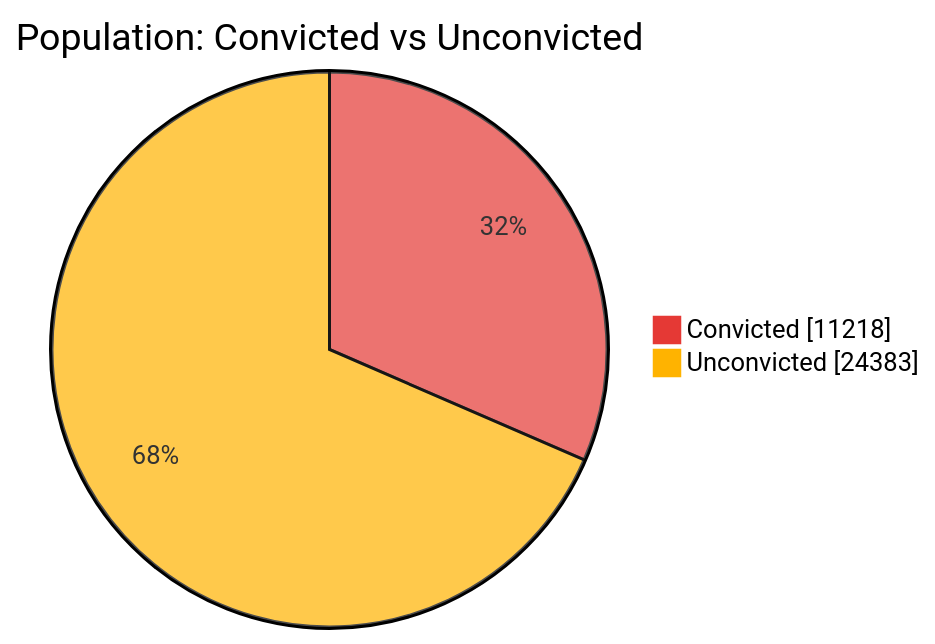
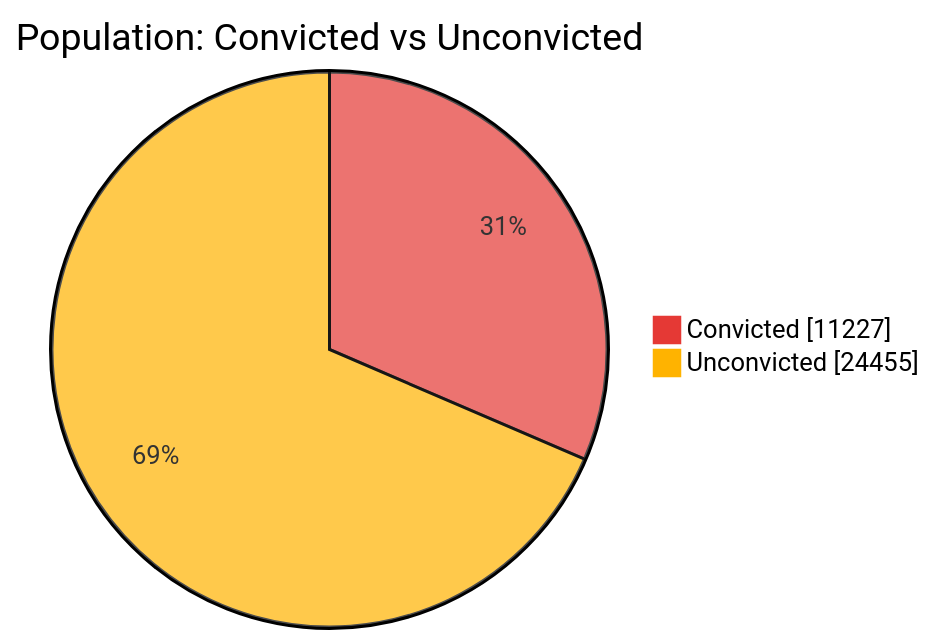
Before and after one commit to nuuuwan/lk_prisons: the first of 7 diagrams in README.md, drawn with Mermaid. The commit also changed other lines of this file and 1 other file, not shown here.

````diff
--- a/README.md
+++ b/README.md
@@ -43,6 +43,6 @@
 ```mermaid
 %%{init: {'themeVariables': {'pie1': '#E53935', 'pie2': '#FFB300'}}}%%
 pie showData title Population: Convicted vs Unconvicted
-    "Convicted" : 11218
-    "Unconvicted" : 24383
+    "Convicted" : 11227
+    "Unconvicted" : 24455
 ```
````
